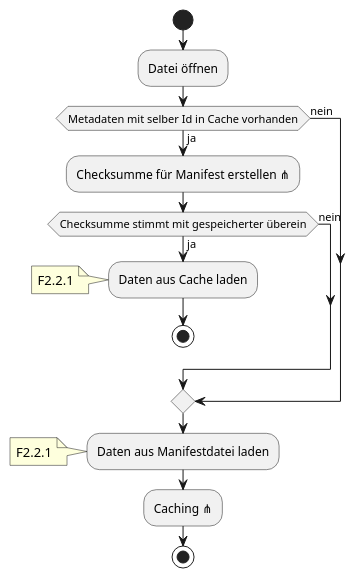
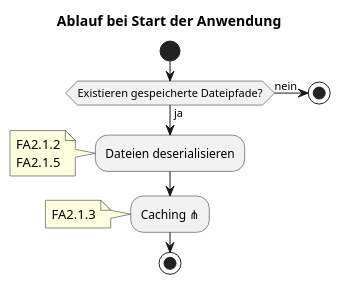
One commit to SoftwareEngineeringOne/wiki changed diagram 11 of 20 in wiki/topics/Inkremente/00/Anforderungsanalyse.md. Above: the diagram before and after it, drawn with PlantUML. The commit also changed other lines of this file, not shown here.

````diff
--- a/wiki/topics/Inkremente/00/Anforderungsanalyse.md
+++ b/wiki/topics/Inkremente/00/Anforderungsanalyse.md
@@ -367,21 +365,18 @@
 ```plantuml
-@startuml
+@startuml 
+title Ablauf bei Start der Anwendung
 start
-:Datei öffnen;
-if(Metadaten mit selber Id in Cache vorhanden) then(ja)
-:Checksumme für Manifest erstellen ⋔;
-if(Checksumme stimmt mit gespeicherter überein) then(ja)
-:Daten aus Cache laden;
-note: F2.2.1
+if(Existieren gespeicherte Dateipfade?) then(ja)
+    :Dateien deserialisieren;
+    note 
+        FA2.1.2
+        FA2.1.5
+    end note
+    :Caching ⋔;
+    note: FA2.1.3
+    stop
+else(nein)
 stop
-else (nein)
 endif
-else (nein)
-endif
-:Daten aus Manifestdatei laden;
-note: F2.2.1
-:Caching ⋔;
-stop
-
 @enduml
 ```
````
